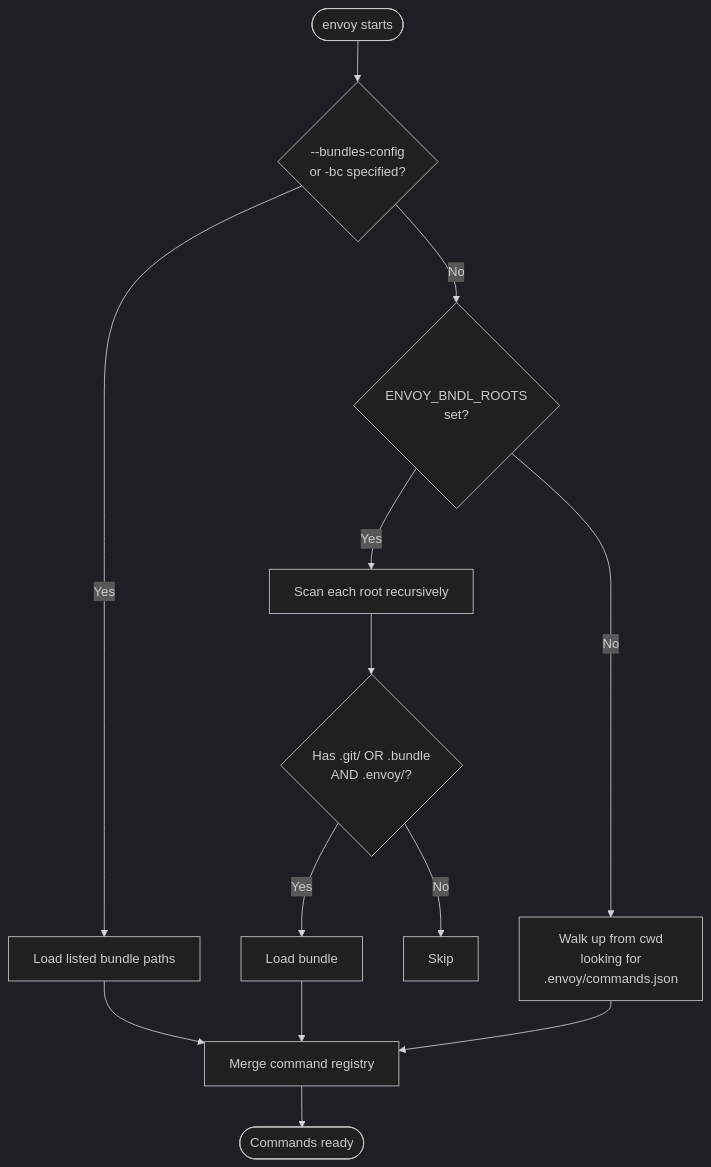
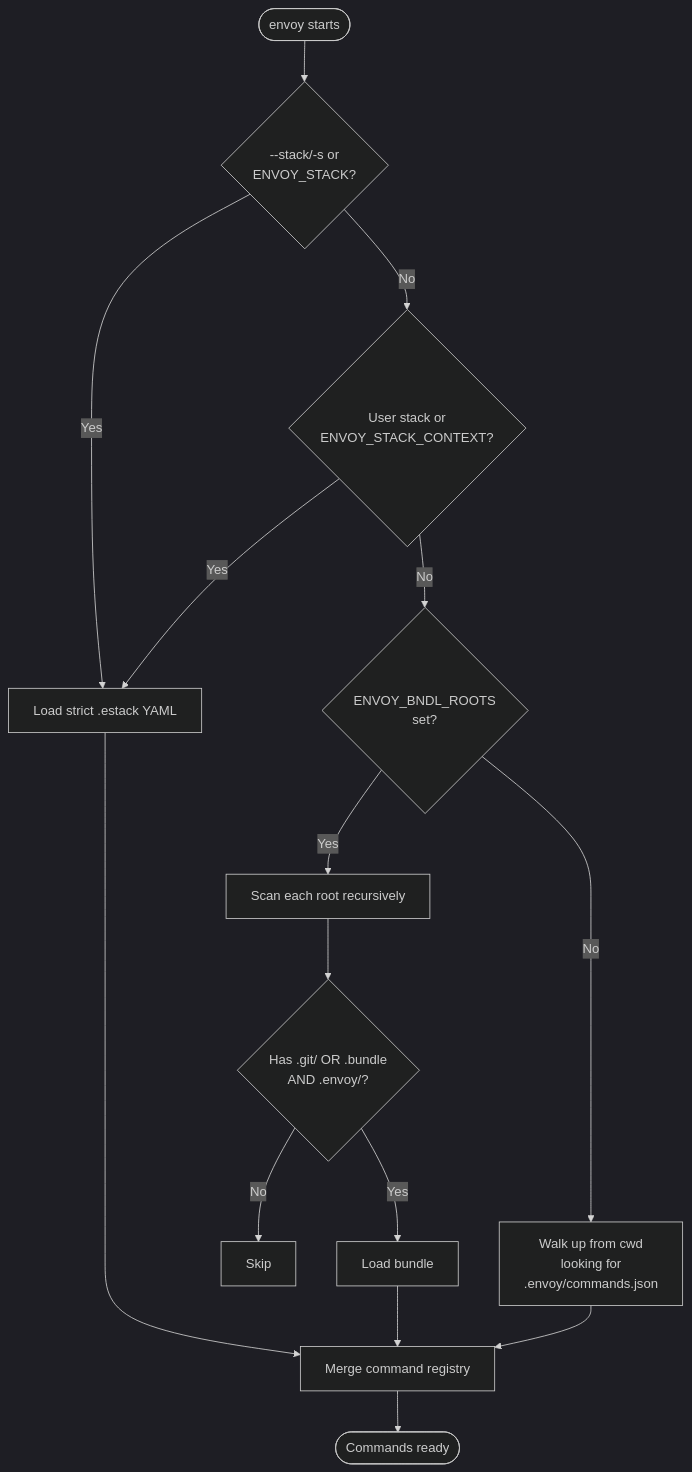
The first of 3 diagrams in docs/bundle-discovery.md (gtvfx-contrib/gt-envoy), drawn with Mermaid (dark theme) before and after one commit. The commit also changed other lines of this file and 41 other files, not shown here.

````diff
--- a/docs/bundle-discovery.md
+++ b/docs/bundle-discovery.md
@@ -20,15 +20,17 @@
 ```mermaid
 flowchart TD
-    A([envoy starts]) --> B{--bundles-config\nor -bc specified?}
-    B -- Yes --> C[Load listed bundle paths]
-    B -- No --> D{ENVOY_BNDL_ROOTS\nset?}
+    A([envoy starts]) --> B{--stack/-s or\nENVOY_STACK?}
+    B -- Yes --> C[Load strict .estack YAML]
+    B -- No --> X{User stack or\nENVOY_STACK_CONTEXT?}
+    X -- Yes --> C
+    X -- No --> D{ENVOY_BNDL_ROOTS\nset?}
     D -- Yes --> E[Scan each root recursively]
     E --> F{Has .git/ OR .bundle\nAND .envoy/?}
     F -- Yes --> G[Load bundle]
     F -- No --> H[Skip]
     D -- No --> I[Walk up from cwd\nlooking for\n.envoy/commands.json]
     C --> J[Merge command registry]
     G --> J
     I --> J
     J --> K([Commands ready])
 ```
````
